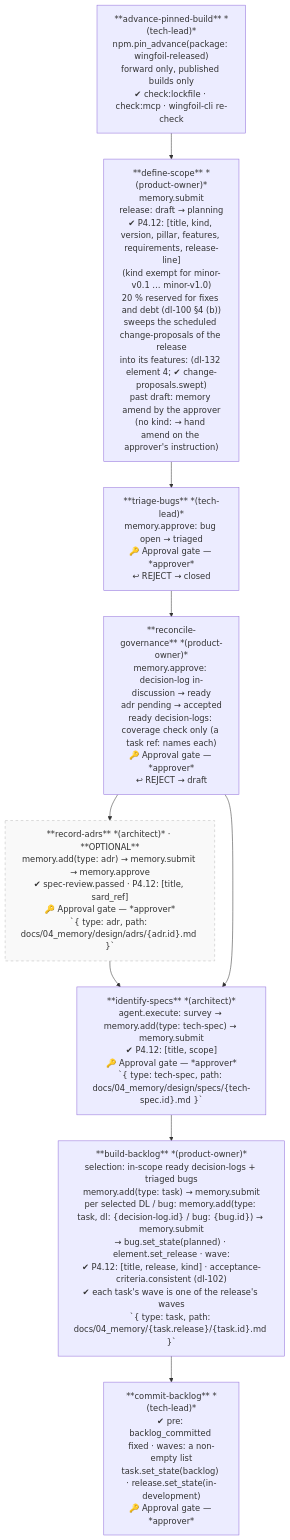
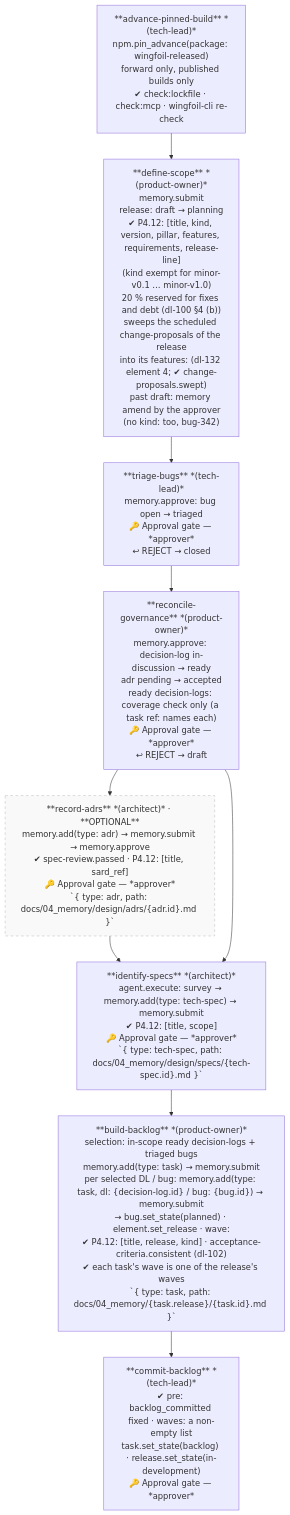
Diagram 11 of 29 in .wingfoil/WORKFLOW.md (wingfoil/wingfoil), drawn with Mermaid before and after one commit. The commit also changed other lines of this file and 6 other files, not shown here.

First line of the commit message:
fix(memory): task-279 — memory amend and submit read a release's kind exemption from memory.yaml (bug-342)

````diff
--- a/.wingfoil/WORKFLOW.md
+++ b/.wingfoil/WORKFLOW.md
@@ -316,16 +317,16 @@
 ```mermaid
 flowchart TD
     AB["**advance-pinned-build** *(tech-lead)*\nnpm.pin_advance(package: wingfoil-released)\nforward only, published builds only\n✔ check:lockfile · check:mcp · wingfoil-cli re-check"]
-    DS["**define-scope** *(product-owner)*\nmemory.submit\nrelease: draft → planning\n✔ P4.12: [title, kind, version, pillar, features, requirements, release-line]\n(kind exempt for minor-v0.1 … minor-v1.0)\n20 % reserved for fixes and debt (dl-100 §4 (b))\nsweeps the scheduled change-proposals of the release\ninto its features: (dl-132 element 4; ✔ change-proposals.swept)\npast draft: memory amend by the approver\n(no kind: → hand amend on the approver's instruction)"]
+    DS["**define-scope** *(product-owner)*\nmemory.submit\nrelease: draft → planning\n✔ P4.12: [title, kind, version, pillar, features, requirements, release-line]\n(kind exempt for minor-v0.1 … minor-v1.0)\n20 % reserved for fixes and debt (dl-100 §4 (b))\nsweeps the scheduled change-proposals of the release\ninto its features: (dl-132 element 4; ✔ change-proposals.swept)\npast draft: memory amend by the approver\n(no kind: too, bug-342)"]
     TB["**triage-bugs** *(tech-lead)*\nmemory.approve: bug open → triaged\n🔑 Approval gate — *approver*\n↩ REJECT → closed"]
     RG["**reconcile-governance** *(product-owner)*\nmemory.approve: decision-log in-discussion → ready\nadr pending → accepted\nready decision-logs: coverage check only (a task ref: names each)\n🔑 Approval gate — *approver*\n↩ REJECT → draft"]
     RA["**record-adrs** *(architect)* · **OPTIONAL**\nmemory.add(type: adr) → memory.submit → memory.approve\n✔ spec-review.passed · P4.12: [title, sard_ref]\n🔑 Approval gate — *approver*\n`{ type: adr, path: docs/04_memory/design/adrs/{adr.id}.md }`"]
     IS["**identify-specs** *(architect)*\nagent.execute: survey → memory.add(type: tech-spec) → memory.submit\n✔ P4.12: [title, scope]\n🔑 Approval gate — *approver*\n`{ type: tech-spec, path: docs/04_memory/design/specs/{tech-spec.id}.md }`"]
     BB["**build-backlog** *(product-owner)*\nselection: in-scope ready decision-logs + triaged bugs\nmemory.add(type: task) → memory.submit\nper selected DL / bug: memory.add(type: task, dl: {decision-log.id} / bug: {bug.id}) → memory.submit\n→ bug.set_state(planned) · element.set_release · wave:\n✔ P4.12: [title, release, kind] · acceptance-criteria.consistent (dl-102)\n✔ each task's wave is one of the release's waves\n`{ type: task, path: docs/04_memory/{task.release}/{task.id}.md }`"]
     CB["**commit-backlog** *(tech-lead)*\n✔ pre: backlog_committed fixed · waves: a non-empty list\ntask.set_state(backlog) · release.set_state(in-development)\n🔑 Approval gate — *approver*"]
 
     AB --> DS --> TB --> RG --> RA --> IS --> BB --> CB
     RG --> IS
 
     style RA fill:#f9f9f9,stroke:#bbb,stroke-dasharray:5 5
 ```
````
